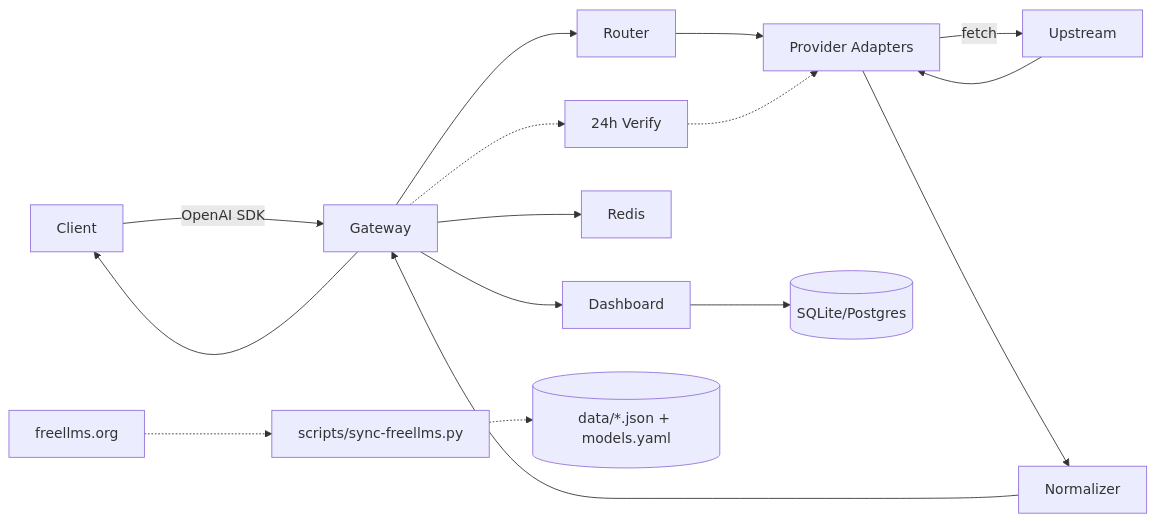
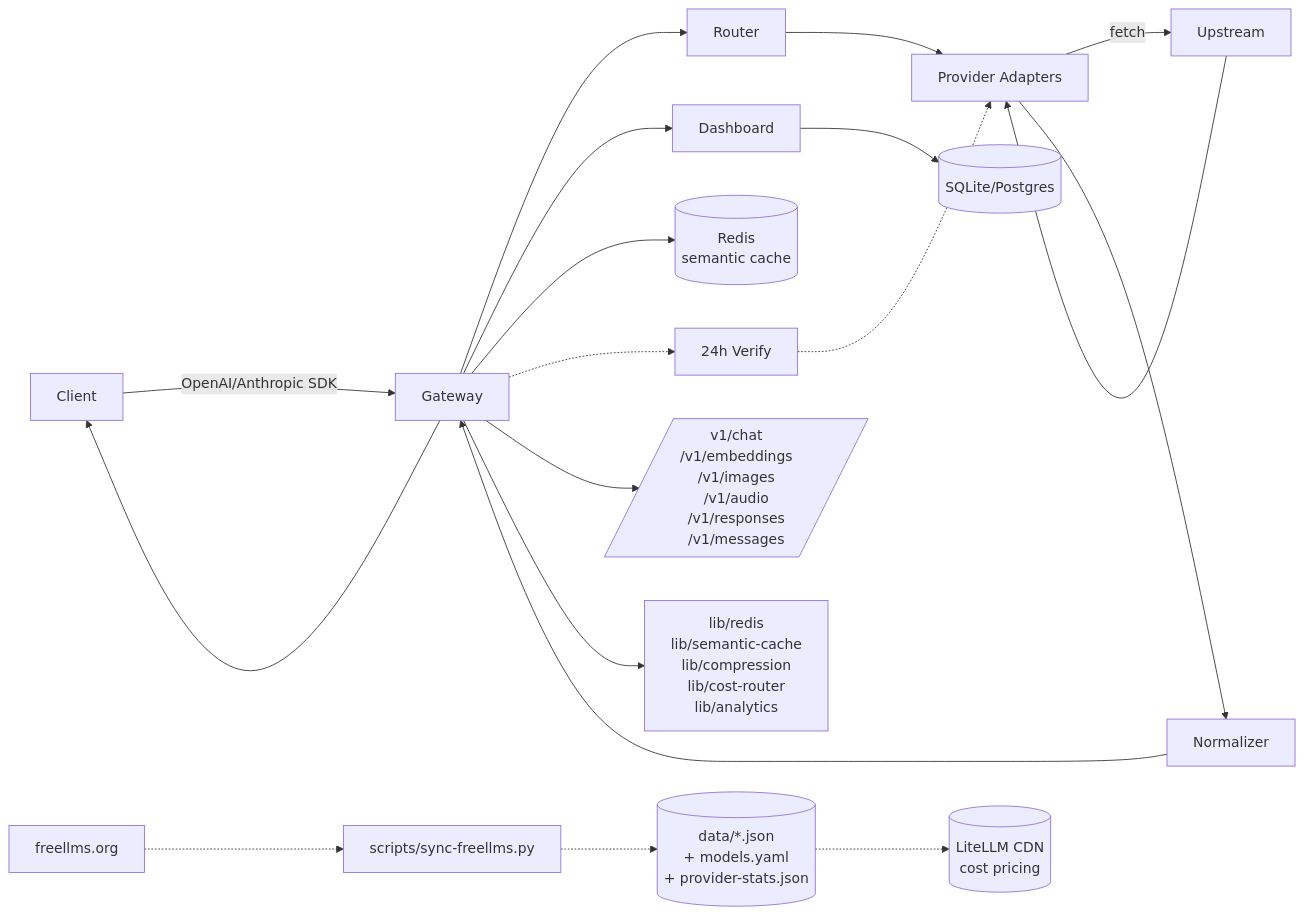
The diagram in docs/en/ARCHITECTURE.md (nbhson/app-auto-llm-free), drawn with Mermaid before and after one commit. The commit also changed other lines of this file and 41 other files, not shown here.

First line of the commit message:
feat: v0.6.0 - Vector 1+2: audio/responses/anthropic, semantic cache + fallback, compression, cost routing, analytics + Settings UI

````diff
--- a/docs/en/ARCHITECTURE.md
+++ b/docs/en/ARCHITECTURE.md
@@ -7,16 +7,19 @@
 ```mermaid
 flowchart LR
-  Client -->|OpenAI SDK| Gateway
+  Client -->|OpenAI/Anthropic SDK| Gateway
   Gateway --> Router
   Router --> PA[Provider Adapters]
   PA -->|fetch| Upstream
   Upstream --> PA
   PA --> Normalizer --> Gateway --> Client
   Gateway --> Dashboard
   Dashboard --> DB[(SQLite/Postgres)]
-  Gateway --> Redis
+  Gateway --> Redis[(Redis<br/>semantic cache)]
   Gateway -.-> Scheduler[24h Verify]
   Scheduler -.-> PA
   freellms.org -.-> Sync[scripts/sync-freellms.py]
-  Sync -.-> Data[(data/*.json + models.yaml)]
+  Sync -.-> Data[(data/*.json<br/>+ models.yaml<br/>+ provider-stats.json)]
+  Data -.-> Cost[(LiteLLM CDN<br/>cost pricing)]
+  Gateway --> Routes[/v1/chat<br/>/v1/embeddings<br/>/v1/images<br/>/v1/audio<br/>/v1/responses<br/>/v1/messages/]
+  Gateway --> Libs[lib/redis<br/>lib/semantic-cache<br/>lib/compression<br/>lib/cost-router<br/>lib/analytics]
 ```
````
